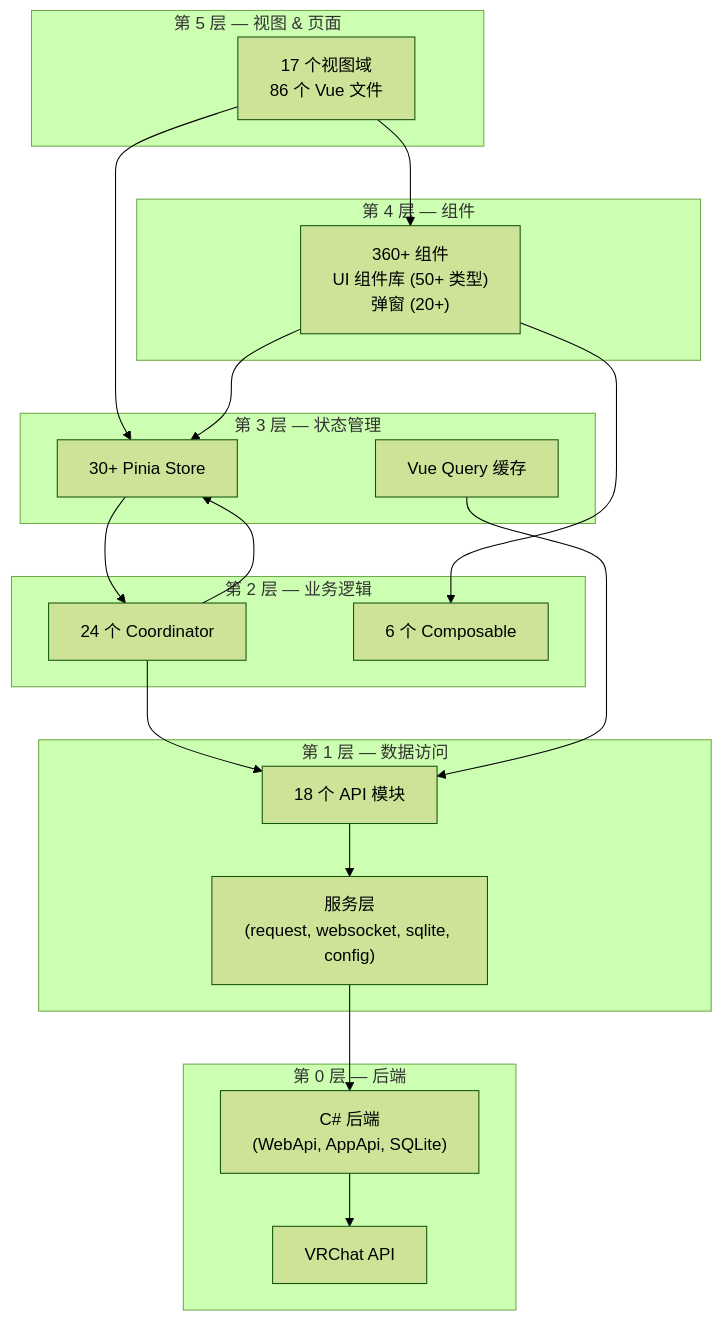
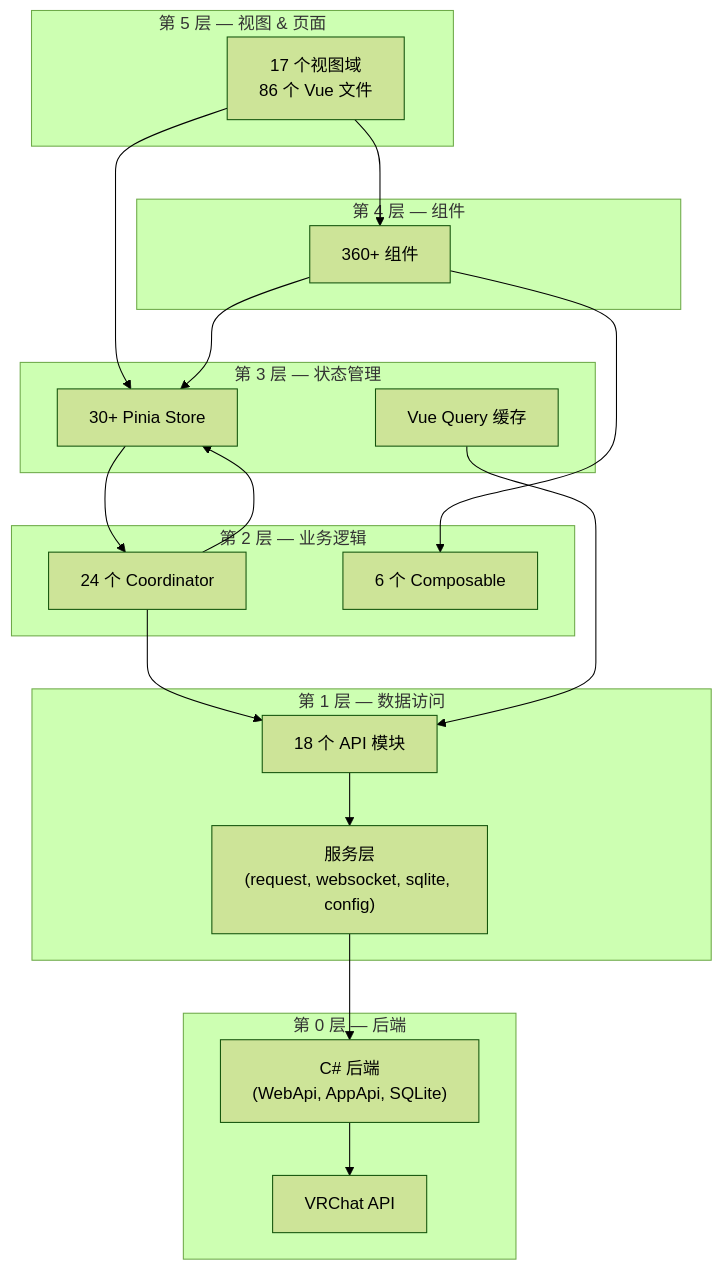
Before and after one commit to Map1en/vrcx-docs: the first of 2 diagrams in zh/architecture/overview.md, drawn with Mermaid (forest theme). The commit also changed other lines of this file and 16 other files, not shown here.

````diff
--- a/zh/architecture/overview.md
+++ b/zh/architecture/overview.md
@@ -20,42 +20,42 @@
 ```mermaid
 graph TD
     subgraph Layer5["第 5 层 — 视图 & 页面"]
         Views["17 个视图域<br/>86 个 Vue 文件"]
     end
 
     subgraph Layer4["第 4 层 — 组件"]
-        Components["360+ 组件<br/>UI 组件库 (50+ 类型)<br/>弹窗 (20+)"]
+        Components["360+ 组件"]
     end
 
     subgraph Layer3["第 3 层 — 状态管理"]
         Stores["30+ Pinia Store"]
         Queries["Vue Query 缓存"]
     end
 
     subgraph Layer2["第 2 层 — 业务逻辑"]
         Coordinators["24 个 Coordinator"]
         Composables["6 个 Composable"]
     end
 
     subgraph Layer1["第 1 层 — 数据访问"]
         API["18 个 API 模块"]
         Services["服务层<br/>(request, websocket, sqlite, config)"]
     end
 
     subgraph Layer0["第 0 层 — 后端"]
         CSharp["C# 后端<br/>(WebApi, AppApi, SQLite)"]
         VRChatAPI["VRChat API"]
     end
 
     Views --> Components
     Views --> Stores
     Components --> Stores
     Components --> Composables
     Stores --> Coordinators
     Coordinators --> Stores
     Coordinators --> API
     Queries --> API
     API --> Services
     Services --> CSharp
     CSharp --> VRChatAPI
 ```
````
